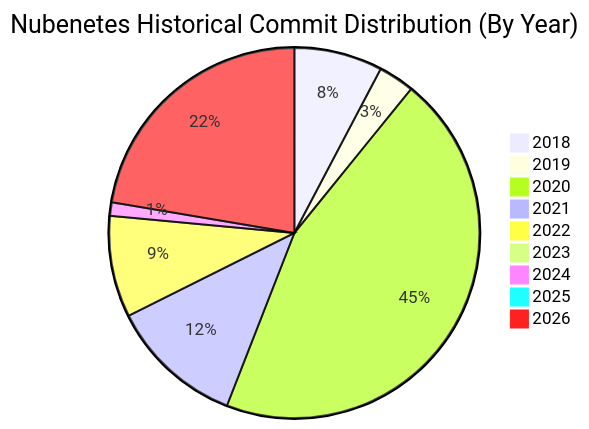
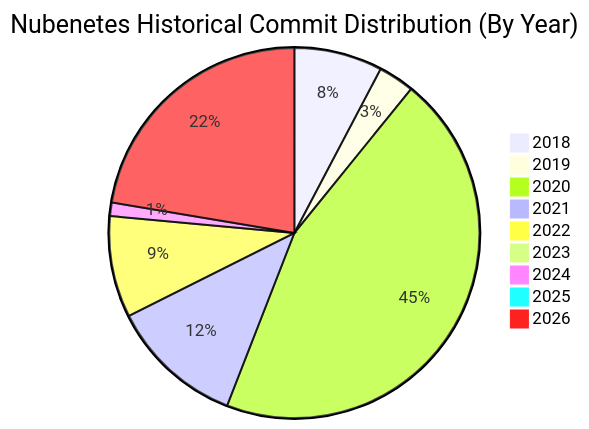
Before and after one commit to nubenetes/awesome-kubernetes: the first of 11 diagrams in README.md, drawn with Mermaid. The commit also changed other lines of this file, not shown here.

Commit message:
docs: add dual pie charts for commits and knowledge growth

````diff
--- a/README.md
+++ b/README.md
@@ -170,12 +170,12 @@
 ```mermaid
 pie title Nubenetes Historical Commit Distribution (By Year)
     "2018" : 350
     "2019" : 142
     "2020" : 2046
     "2021" : 531
     "2022" : 402
     "2023" : 30
     "2024" : 53
     "2025" : 5
-    "2026" : 1014
+    "2026" : 1015
 ```
````
